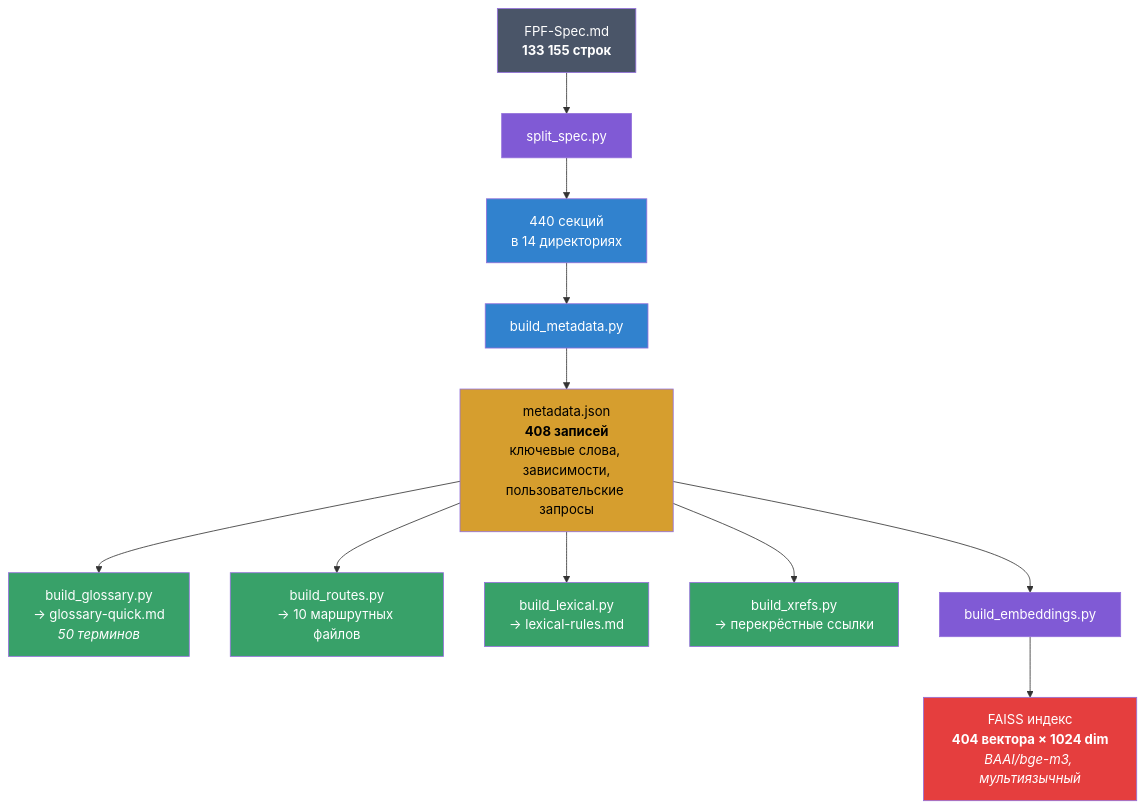
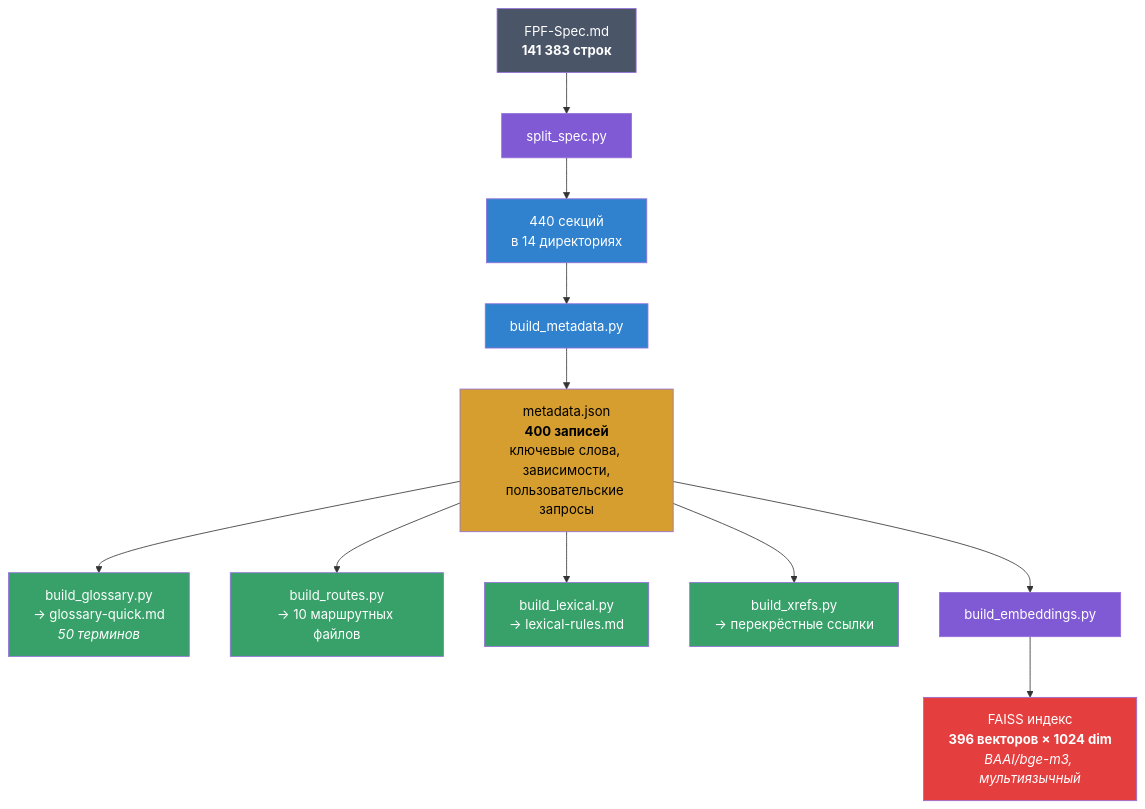
One commit to pokrovskiyv/FPF-agent changed the fourth of 4 diagrams in Readme.md. Above: the diagram before and after it, drawn with Mermaid. The commit also changed other lines of this file and 504 other files, not shown here.

````diff
--- a/Readme.md
+++ b/Readme.md
@@ -217,25 +217,25 @@
 ```mermaid
 graph TD
-    Spec["FPF-Spec.md<br/><b>133 155 строк</b>"] --> Split["split_spec.py"]
+    Spec["FPF-Spec.md<br/><b>141 383 строк</b>"] --> Split["split_spec.py"]
     Split --> Sections["440 секций<br/>в 14 директориях"]
     Sections --> Meta["build_metadata.py"]
-    Meta --> MetaJSON["metadata.json<br/><b>408 записей</b><br/>ключевые слова, зависимости,<br/>пользовательские запросы"]
+    Meta --> MetaJSON["metadata.json<br/><b>400 записей</b><br/>ключевые слова, зависимости,<br/>пользовательские запросы"]
     MetaJSON --> Gloss["build_glossary.py<br/>→ glossary-quick.md<br/><i>50 терминов</i>"]
     MetaJSON --> Routes["build_routes.py<br/>→ 10 маршрутных файлов"]
     MetaJSON --> Lex["build_lexical.py<br/>→ lexical-rules.md"]
     MetaJSON --> XRef["build_xrefs.py<br/>→ перекрёстные ссылки"]
     MetaJSON --> Emb["build_embeddings.py"]
-    Emb --> FAISS["FAISS индекс<br/><b>404 вектора × 1024 dim</b><br/><i>BAAI/bge-m3, мультиязычный</i>"]
+    Emb --> FAISS["FAISS индекс<br/><b>396 векторов × 1024 dim</b><br/><i>BAAI/bge-m3, мультиязычный</i>"]
 
     style Spec fill:#4a5568,color:#fff
     style Split fill:#805ad5,color:#fff
     style Sections fill:#3182ce,color:#fff
     style Meta fill:#3182ce,color:#fff
     style MetaJSON fill:#d69e2e,color:#000
     style Gloss fill:#38a169,color:#fff
     style Routes fill:#38a169,color:#fff
     style Lex fill:#38a169,color:#fff
     style XRef fill:#38a169,color:#fff
     style Emb fill:#805ad5,color:#fff
     style FAISS fill:#e53e3e,color:#fff
 ```
````
